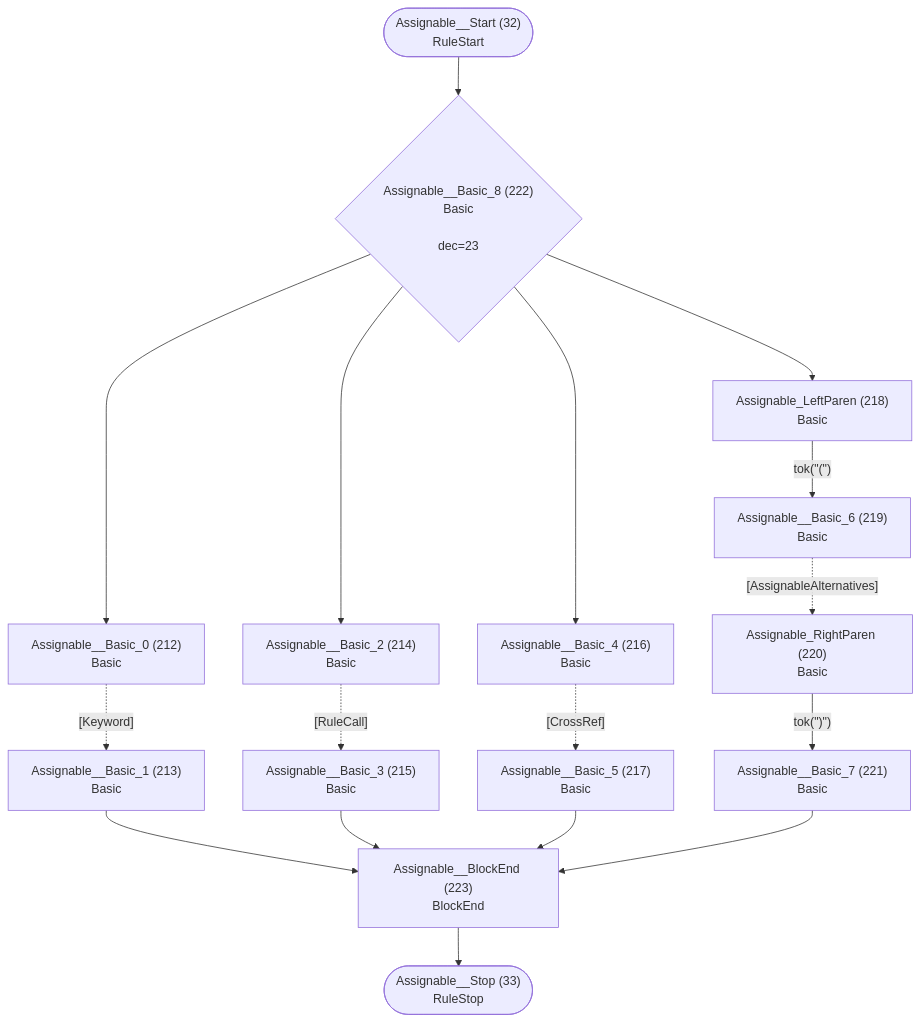
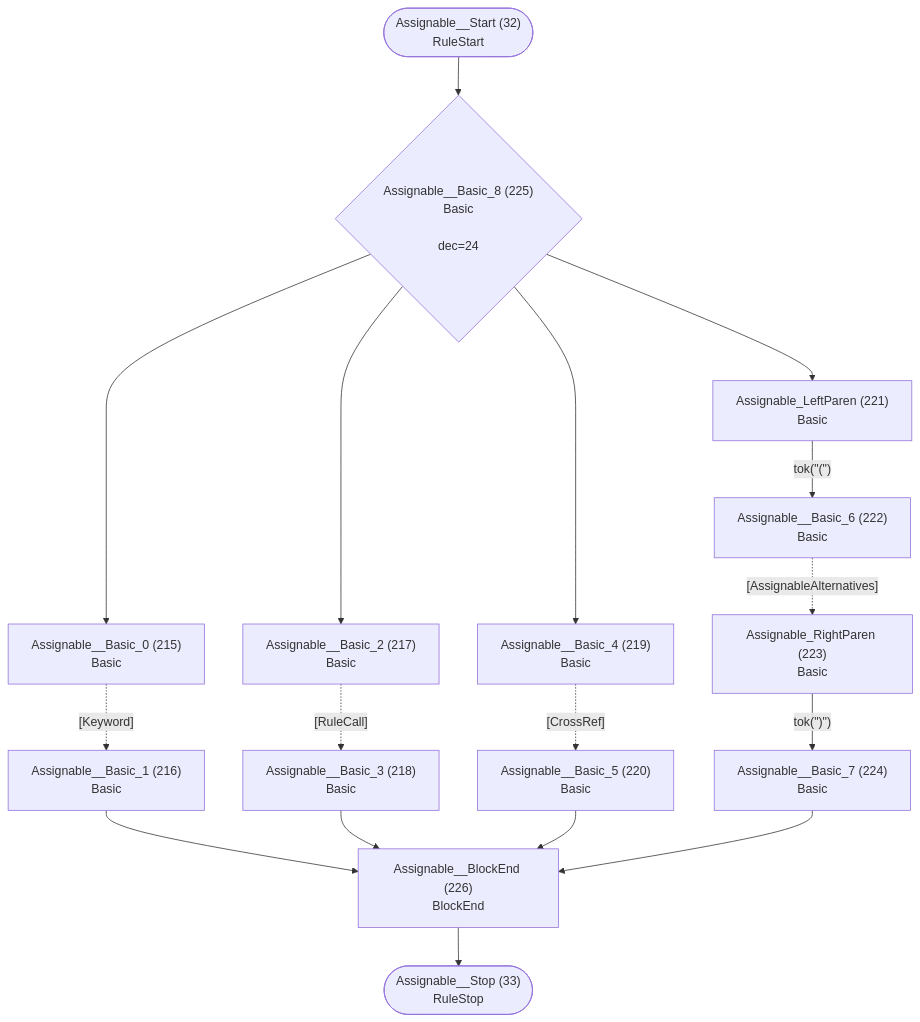
Diagram 17 of 26 in internal/grammar/atn.md (TypeFox/fastbelt), drawn with Mermaid before and after one commit. The commit also changed other lines of this file and 16 other files, not shown here.

````diff
--- a/internal/grammar/atn.md
+++ b/internal/grammar/atn.md
@@ -520,34 +527,34 @@
 ```mermaid
 flowchart TD
     q32(["Assignable__Start (32)<br/>RuleStart"])
     q33(["Assignable__Stop (33)<br/>RuleStop"])
-    q212["Assignable__Basic_0 (212)<br/>Basic<br/>"]
-    q213["Assignable__Basic_1 (213)<br/>Basic<br/>"]
-    q214["Assignable__Basic_2 (214)<br/>Basic<br/>"]
-    q215["Assignable__Basic_3 (215)<br/>Basic<br/>"]
-    q216["Assignable__Basic_4 (216)<br/>Basic<br/>"]
-    q217["Assignable__Basic_5 (217)<br/>Basic<br/>"]
-    q218["Assignable_LeftParen (218)<br/>Basic<br/>"]
-    q219["Assignable__Basic_6 (219)<br/>Basic<br/>"]
-    q220["Assignable_RightParen (220)<br/>Basic<br/>"]
-    q221["Assignable__Basic_7 (221)<br/>Basic<br/>"]
-    q222{"Assignable__Basic_8 (222)<br/>Basic<br/><br/>dec=23"}
-    q223["Assignable__BlockEnd (223)<br/>BlockEnd<br/>"]
+    q215["Assignable__Basic_0 (215)<br/>Basic<br/>"]
+    q216["Assignable__Basic_1 (216)<br/>Basic<br/>"]
+    q217["Assignable__Basic_2 (217)<br/>Basic<br/>"]
+    q218["Assignable__Basic_3 (218)<br/>Basic<br/>"]
+    q219["Assignable__Basic_4 (219)<br/>Basic<br/>"]
+    q220["Assignable__Basic_5 (220)<br/>Basic<br/>"]
+    q221["Assignable_LeftParen (221)<br/>Basic<br/>"]
+    q222["Assignable__Basic_6 (222)<br/>Basic<br/>"]
+    q223["Assignable_RightParen (223)<br/>Basic<br/>"]
+    q224["Assignable__Basic_7 (224)<br/>Basic<br/>"]
+    q225{"Assignable__Basic_8 (225)<br/>Basic<br/><br/>dec=24"}
+    q226["Assignable__BlockEnd (226)<br/>BlockEnd<br/>"]
 
-    q32 --> q222
-    q212 -.->|"[Keyword]"| q213
-    q213 --> q223
-    q214 -.->|"[RuleCall]"| q215
-    q215 --> q223
-    q216 -.->|"[CrossRef]"| q217
-    q217 --> q223
-    q218 -->|"tok(&quot;(&quot;)"| q219
-    q219 -.->|"[AssignableAlternatives]"| q220
-    q220 -->|"tok(&quot;)&quot;)"| q221
-    q221 --> q223
-    q222 --> q212
-    q222 --> q214
-    q222 --> q216
-    q222 --> q218
-    q223 --> q33
+    q32 --> q225
+    q215 -.->|"[Keyword]"| q216
+    q216 --> q226
+    q217 -.->|"[RuleCall]"| q218
+    q218 --> q226
+    q219 -.->|"[CrossRef]"| q220
+    q220 --> q226
+    q221 -->|"tok(&quot;(&quot;)"| q222
+    q222 -.->|"[AssignableAlternatives]"| q223
+    q223 -->|"tok(&quot;)&quot;)"| q224
+    q224 --> q226
+    q225 --> q215
+    q225 --> q217
+    q225 --> q219
+    q225 --> q221
+    q226 --> q33
 ```
````
